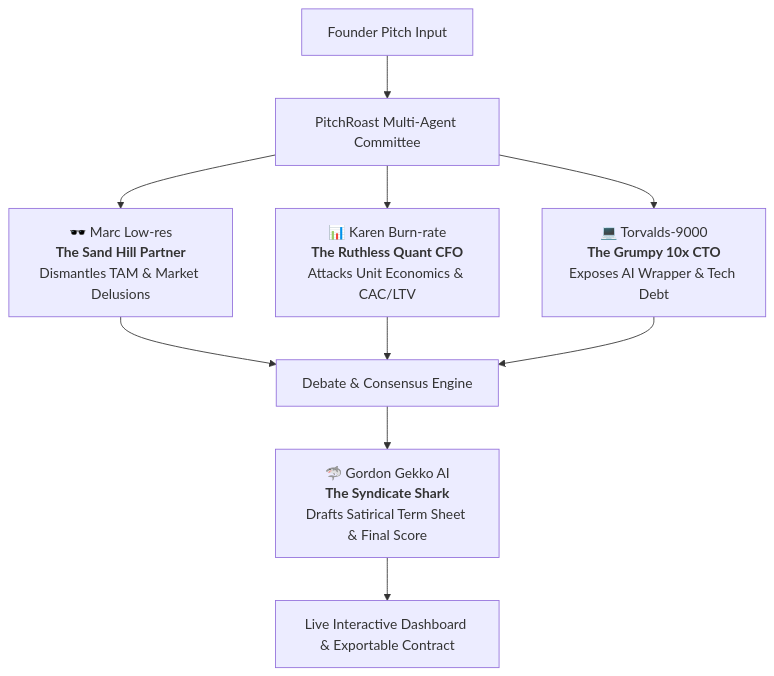
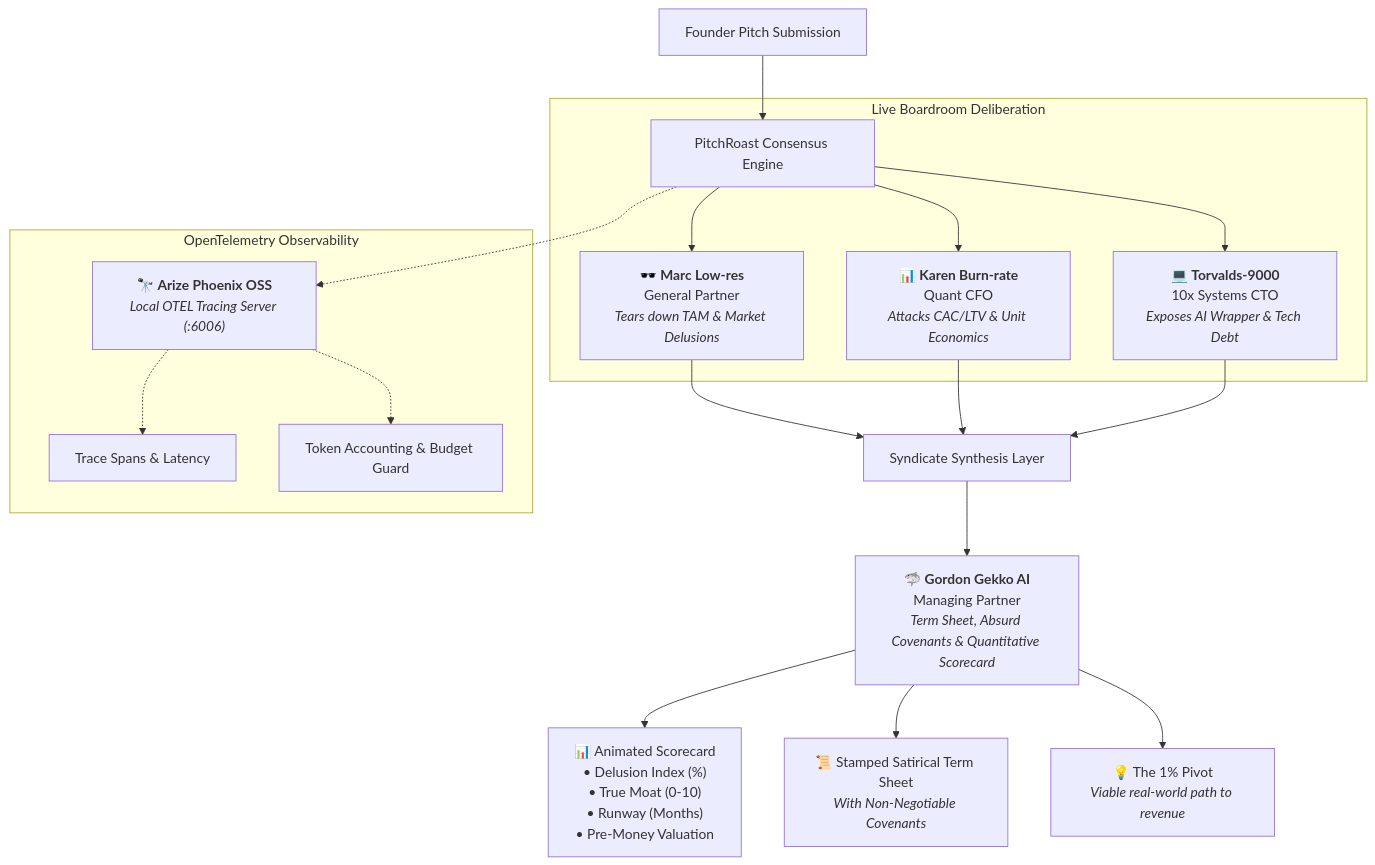
One commit to akkireddy-challa/pitchroast changed the diagram in SPEC.md. Above: the diagram before and after it, drawn with Mermaid. The commit also changed other lines of this file and 1 other file, not shown here.

````diff
--- a/SPEC.md
+++ b/SPEC.md
@@ -12,12 +13,26 @@
 ```mermaid
 graph TD
-    A[Founder Pitch Input] --> B[PitchRoast Multi-Agent Committee]
-    B --> C["🕶️ Marc Low-res<br><b>The Sand Hill Partner</b><br>Dismantles TAM & Market Delusions"]
-    B --> D["📊 Karen Burn-rate<br><b>The Ruthless Quant CFO</b><br>Attacks Unit Economics & CAC/LTV"]
-    B --> E["💻 Torvalds-9000<br><b>The Grumpy 10x CTO</b><br>Exposes AI Wrapper & Tech Debt"]
-    C --> F[Debate & Consensus Engine]
+    A[Founder Pitch Submission] --> B[PitchRoast Consensus Engine]
+    
+    subgraph Live Boardroom Deliberation
+        B --> C["🕶️ <b>Marc Low-res</b><br>General Partner<br><i>Tears down TAM & Market Delusions</i>"]
+        B --> D["📊 <b>Karen Burn-rate</b><br>Quant CFO<br><i>Attacks CAC/LTV & Unit Economics</i>"]
+        B --> E["💻 <b>Torvalds-9000</b><br>10x Systems CTO<br><i>Exposes AI Wrapper & Tech Debt</i>"]
+    end
+
+    C --> F[Syndicate Synthesis Layer]
     D --> F
     E --> F
-    F --> G["🦈 Gordon Gekko AI<br><b>The Syndicate Shark</b><br>Drafts Satirical Term Sheet & Final Score"]
-    G --> H[Live Interactive Dashboard & Exportable Contract]
+
+    F --> G["🦈 <b>Gordon Gekko AI</b><br>Managing Partner<br><i>Term Sheet, Absurd Covenants & Quantitative Scorecard</i>"]
+    
+    G --> H["📊 Animated Scorecard<br>• Delusion Index (%)<br>• True Moat (0-10)<br>• Runway (Months)<br>• Pre-Money Valuation"]
+    G --> I["📜 Stamped Satirical Term Sheet<br><i>With Non-Negotiable Covenants</i>"]
+    G --> J["💡 The 1% Pivot<br><i>Viable real-world path to revenue</i>"]
+    
+    subgraph OpenTelemetry Observability
+        B -.-> K["🔭 <b>Arize Phoenix OSS</b><br><i>Local OTEL Tracing Server (:6006)</i>"]
+        K -.-> L[Trace Spans & Latency]
+        K -.-> M[Token Accounting & Budget Guard]
+    end
 ```
````
